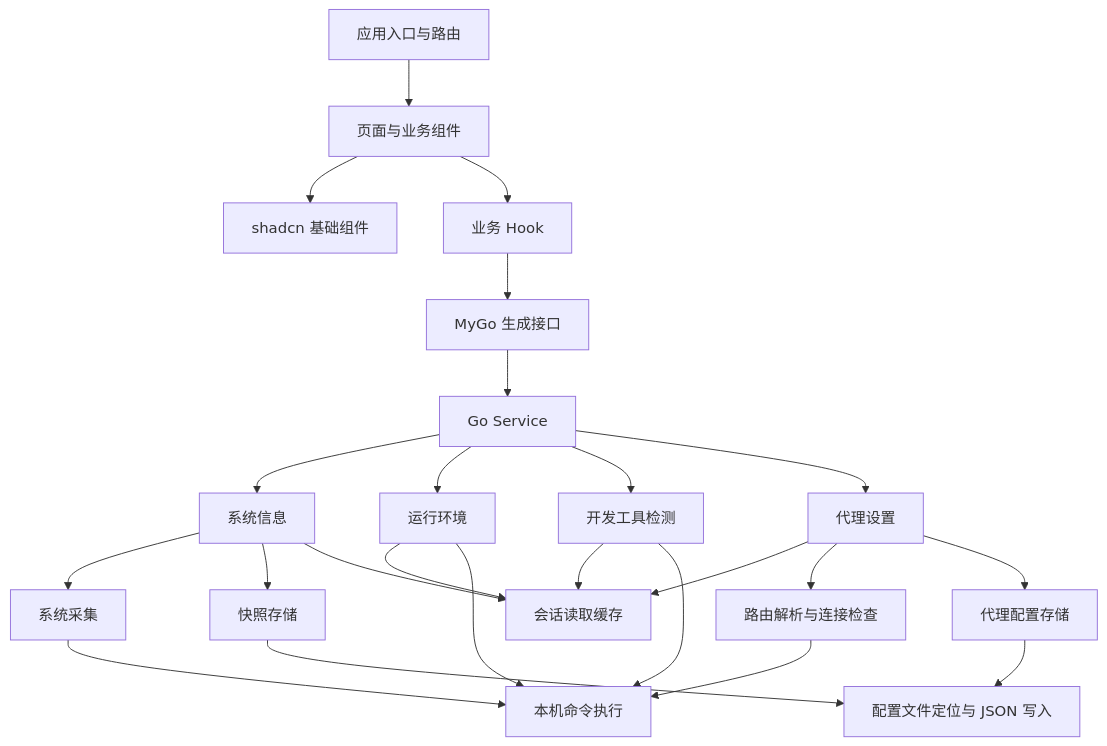
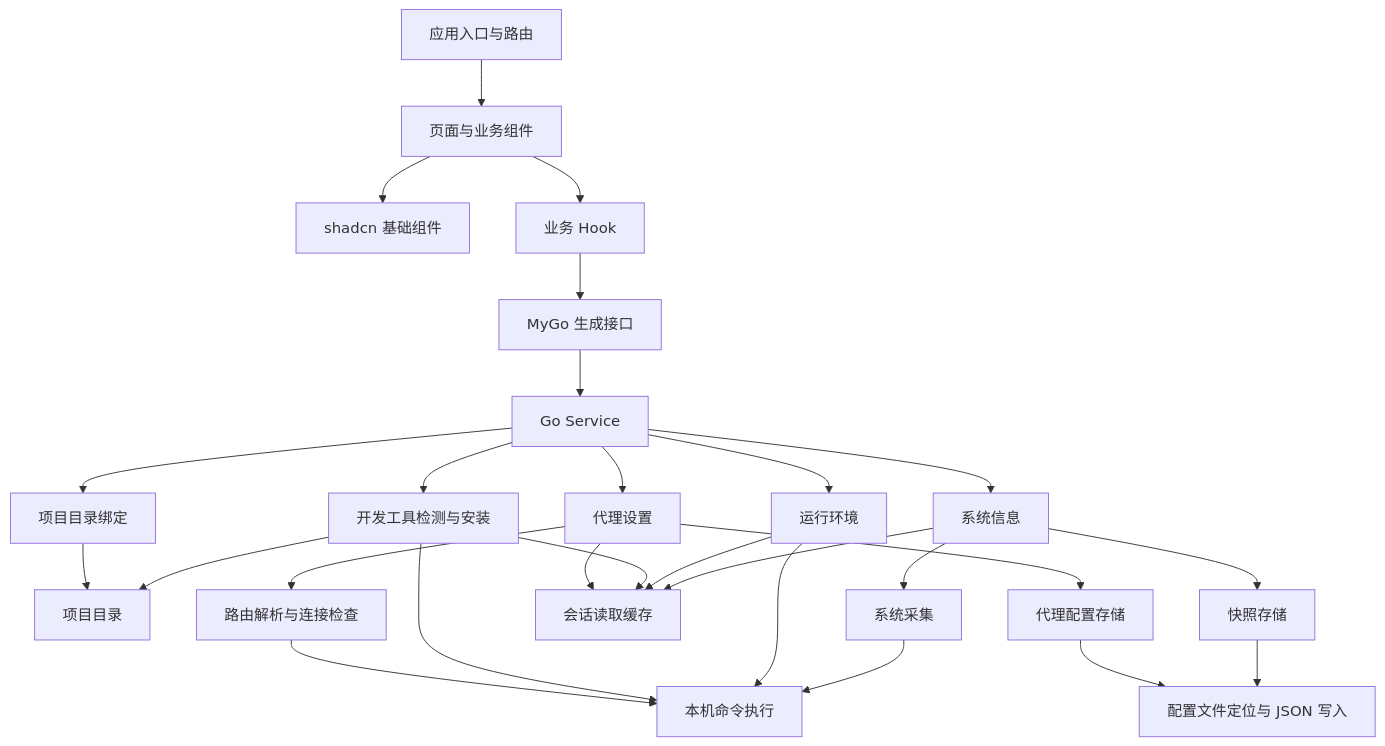
One commit to msola-ht/devbox changed the diagram in ARCHITECTURE.md. Above: the diagram before and after it, drawn with Mermaid. The commit also changed other lines of this file and 36 other files, not shown here.

````diff
--- a/ARCHITECTURE.md
+++ b/ARCHITECTURE.md
@@ -35,26 +37,29 @@
 ```mermaid
 flowchart TD
     Entry[应用入口与路由] --> View[页面与业务组件]
     View --> UI[shadcn 基础组件]
     View --> Hook[业务 Hook]
     Hook --> Client[MyGo 生成接口]
     Client --> Service[Go Service]
     Service --> System[系统信息]
     Service --> Environment[运行环境]
-    Service --> DevTools[开发工具检测]
+    Service --> DevTools[开发工具检测与安装]
+    Service --> ProjectDialog[项目目录绑定]
+    DevTools --> ProjectDirectory[项目目录]
+    ProjectDialog --> ProjectDirectory
     Service --> Proxy[代理设置]
     System --> Collector[系统采集]
     System --> Snapshot[快照存储]
     System --> ReadCache[会话读取缓存]
     Environment --> ReadCache
     DevTools --> ReadCache
     Proxy --> ReadCache
     Proxy --> Network[路由解析与连接检查]
     Proxy --> Settings[代理配置存储]
     Snapshot --> ConfigFile[配置文件定位与 JSON 写入]
     Settings --> ConfigFile
     Collector --> Command[本机命令执行]
     Environment --> Command
     DevTools --> Command
     Network --> Command
 ```
````
